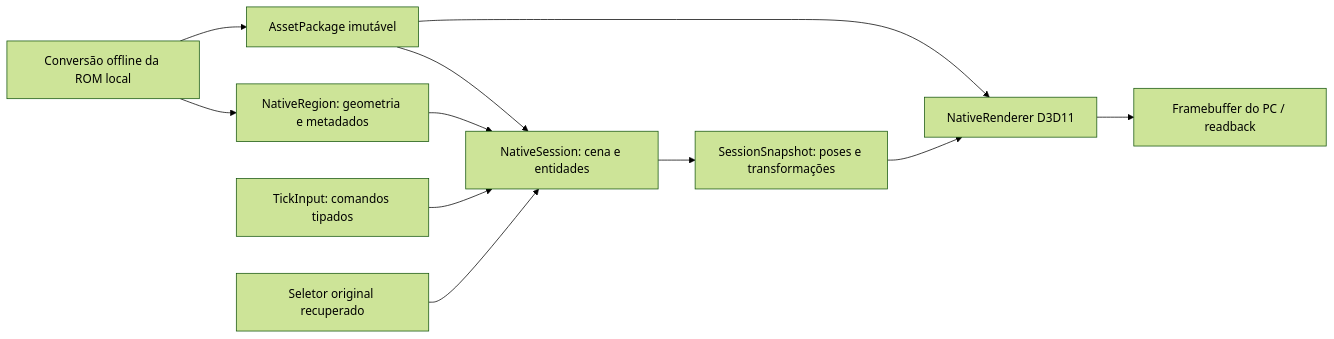
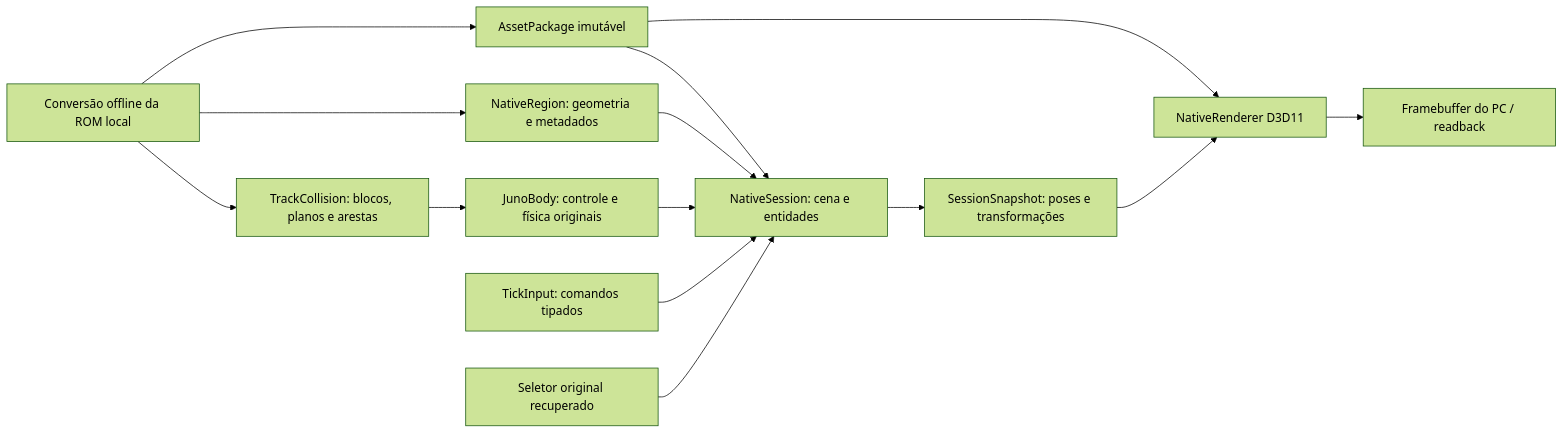
Before and after one commit to thiagoribeiro269/Jet-Force-Gemini: the second of 2 diagrams in port/native/ARCHITECTURE.md, drawn with Mermaid (forest theme). The commit also changed other lines of this file and 25 other files, not shown here.

First line of the commit message:
Porta o movimento e a colisão originais do Juno em Forest First

````diff
--- a/port/native/ARCHITECTURE.md
+++ b/port/native/ARCHITECTURE.md
@@ -64,13 +65,16 @@
 ```mermaid
 flowchart LR
     A[Conversão offline da ROM local] --> B[AssetPackage imutável]
     B --> C[NativeSession: cena e entidades]
     A --> R[NativeRegion: geometria e metadados]
     R --> C
+    A --> T[TrackCollision: blocos, planos e arestas]
+    T --> K[JunoBody: controle e física originais]
+    K --> C
     I[TickInput: comandos tipados] --> C
     J[Seletor original recuperado] --> C
     C --> D[SessionSnapshot: poses e transformações]
     B --> E[NativeRenderer D3D11]
     D --> E
     E --> F[Framebuffer do PC / readback]
 ```
````
